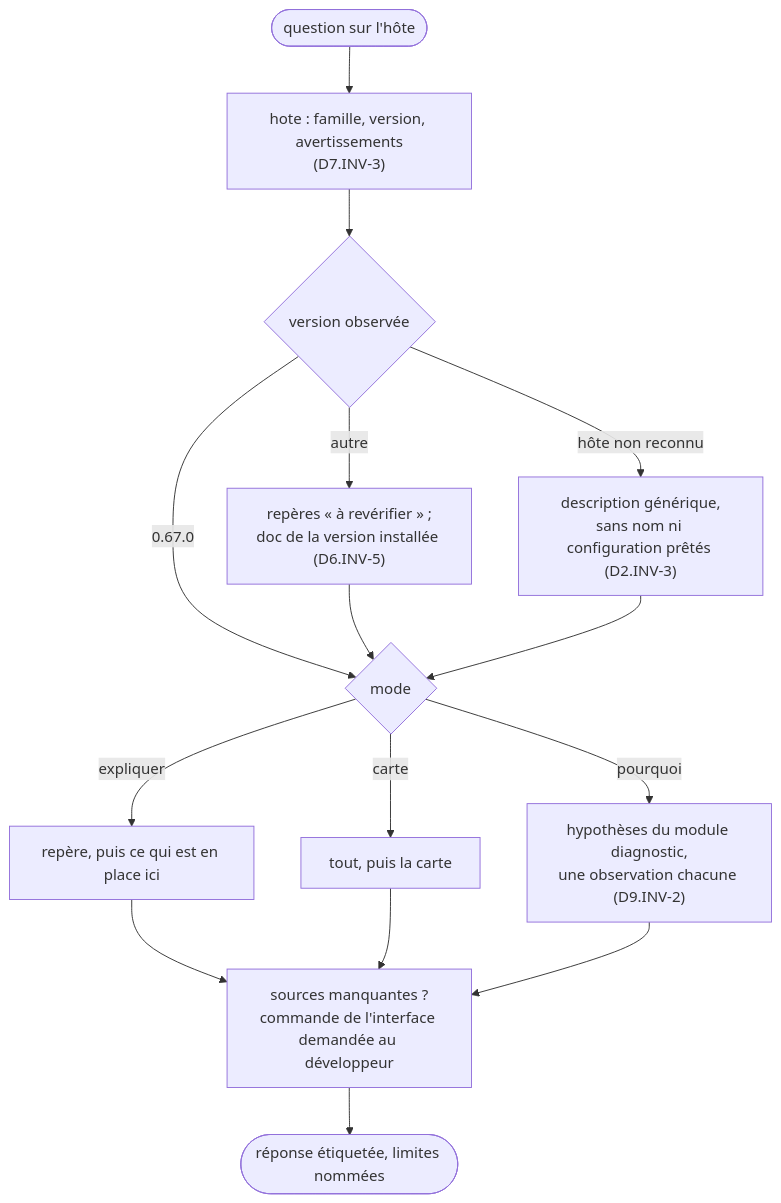
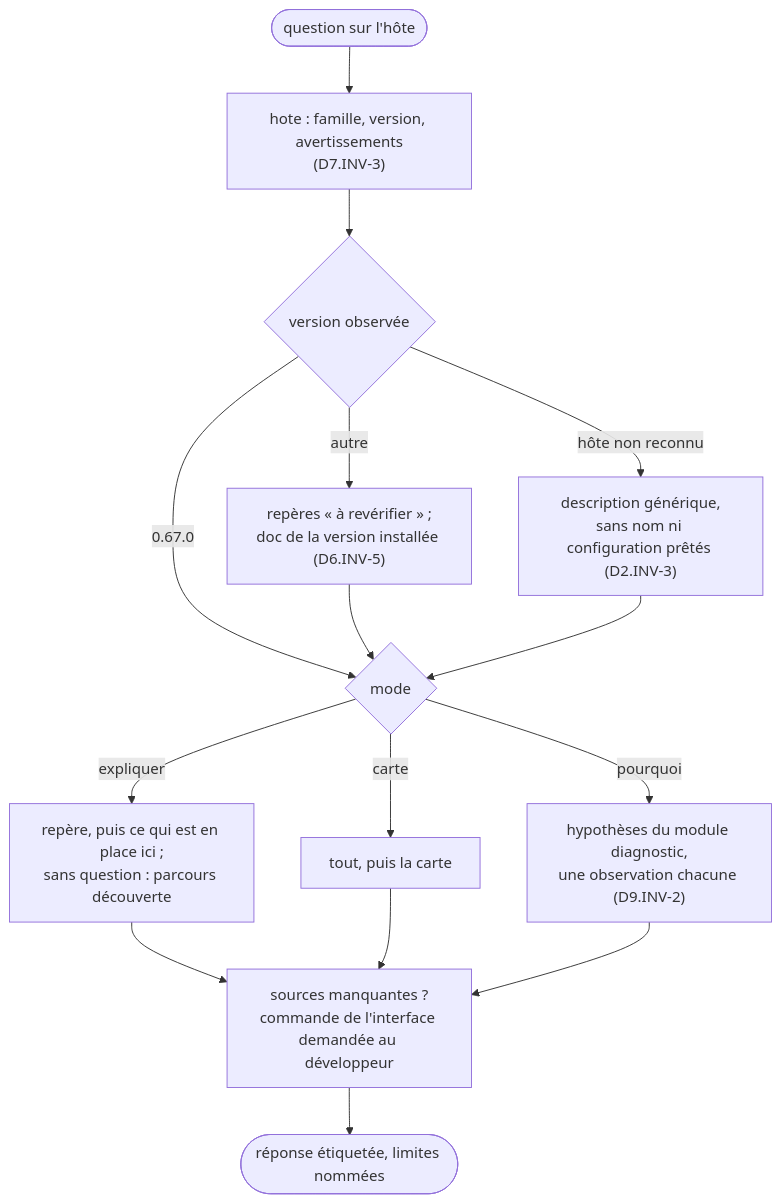
The diagram in specs/explication-hote-ia/modules/agent/SKILL.md (FredGarcia/Agent2Prompt), drawn with Mermaid before and after one commit. The commit also changed other lines of this file and 16 other files, not shown here.

````diff
--- a/specs/explication-hote-ia/modules/agent/SKILL.md
+++ b/specs/explication-hote-ia/modules/agent/SKILL.md
@@ -42,18 +42,18 @@
 ```mermaid
 flowchart TD
   Q(["question sur l'hôte"]) --> H["hote : famille, version, avertissements<br/>(D7.INV-3)"]
   H --> V{"version observée"}
   V -->|"0.67.0"| M
   V -->|"autre"| R["repères « à revérifier » ;<br/>doc de la version installée (D6.INV-5)"]
   V -->|"hôte non reconnu"| G["description générique,<br/>sans nom ni configuration prêtés (D2.INV-3)"]
   R --> M
   G --> M
   M{"mode"}
-  M -->|"expliquer"| E["repère, puis ce qui est en place ici"]
+  M -->|"expliquer"| E["repère, puis ce qui est en place ici ;<br/>sans question : parcours découverte"]
   M -->|"carte"| C["tout, puis la carte"]
   M -->|"pourquoi"| D["hypothèses du module diagnostic,<br/>une observation chacune (D9.INV-2)"]
   E --> S["sources manquantes ?<br/>commande de l'interface demandée au développeur"]
   C --> S
   D --> S
   S --> A(["réponse étiquetée, limites nommées"])
 ```
````
